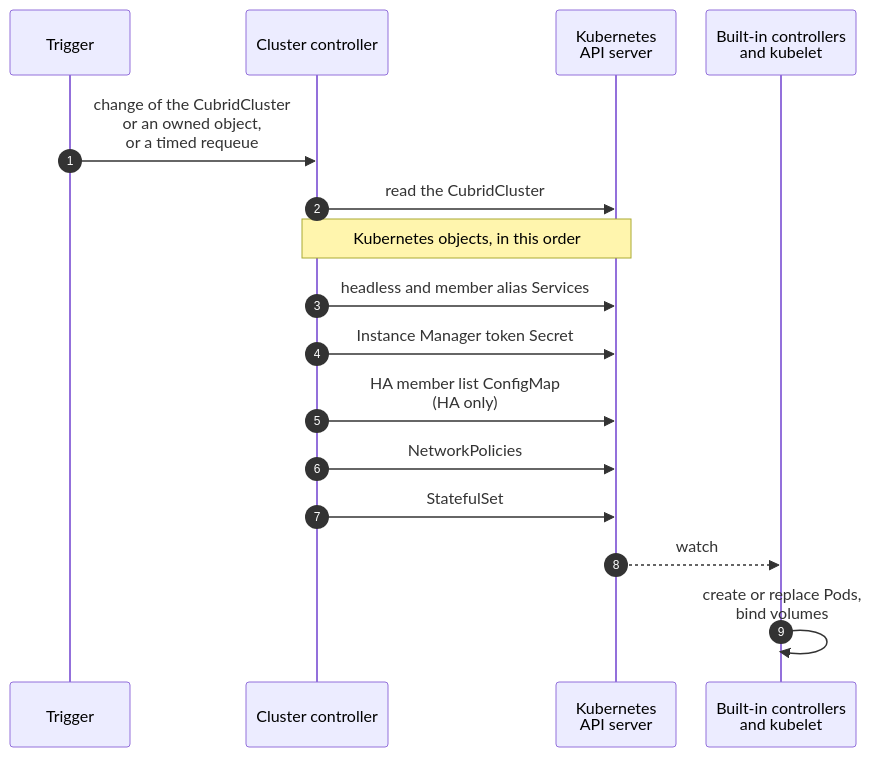
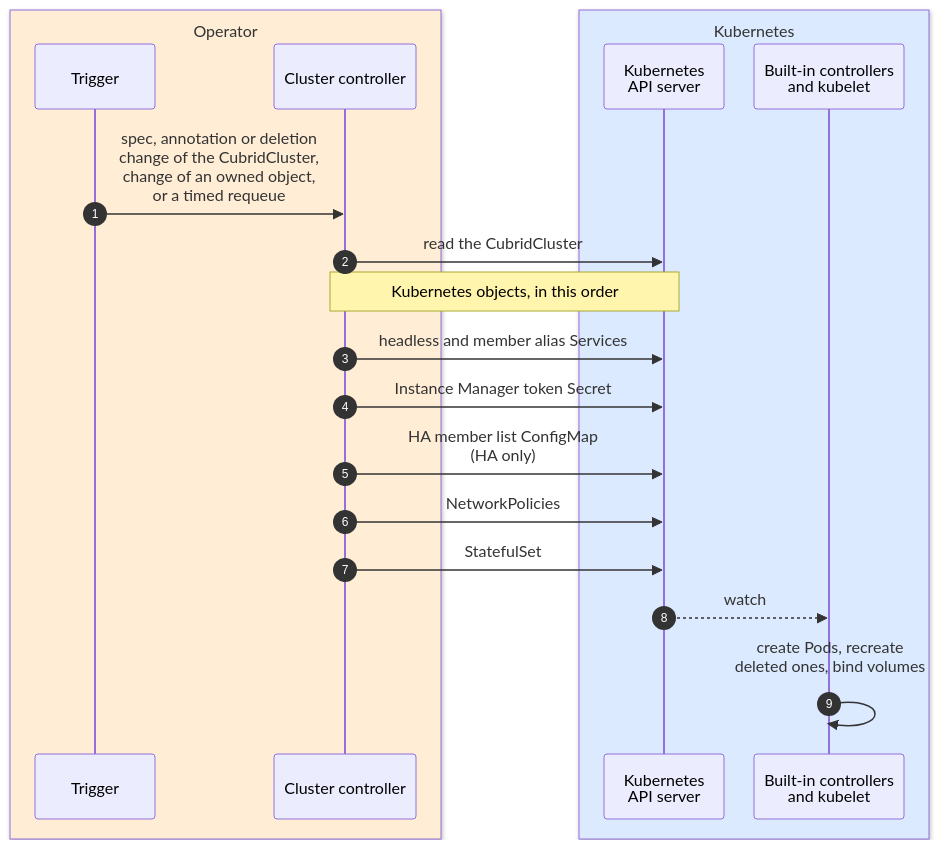
Before and after one commit to cubrid-lab/cubrid-kubernetes-operator: the first of 3 diagrams in docs/architecture/reconciliation.md, drawn with Mermaid. The commit also changed other lines of this file and 4 other files, not shown here.

First line of the commit message:
docs(architecture): address review of the diagram rework

````diff
--- a/docs/architecture/reconciliation.md
+++ b/docs/architecture/reconciliation.md
@@ -29,20 +31,24 @@
 ```mermaid
 %%{init: {"sequence": {"actorMargin": 30, "width": 120}}}%%
 sequenceDiagram
     autonumber
-    participant T as Trigger
-    participant CC as Cluster controller
-    participant API as Kubernetes<br/>API server
-    participant K8S as Built-in controllers<br/>and kubelet
+    box rgb(255,237,213) Operator
+        participant T as Trigger
+        participant CC as Cluster controller
+    end
+    box rgb(219,234,254) Kubernetes
+        participant API as Kubernetes<br/>API server
+        participant K8S as Built-in controllers<br/>and kubelet
+    end
 
-    T->>CC: change of the CubridCluster<br/>or an owned object,<br/>or a timed requeue
+    T->>CC: spec, annotation or deletion<br/>change of the CubridCluster,<br/>change of an owned object,<br/>or a timed requeue
     CC->>API: read the CubridCluster
     Note over CC,API: Kubernetes objects, in this order
     CC->>API: headless and member alias Services
     CC->>API: Instance Manager token Secret
     CC->>API: HA member list ConfigMap<br/>(HA only)
     CC->>API: NetworkPolicies
     CC->>API: StatefulSet
     API-->>K8S: watch
-    K8S->>K8S: create or replace Pods,<br/>bind volumes
+    K8S->>K8S: create Pods, recreate<br/>deleted ones, bind volumes<br/>#nbsp;
 ```
````
